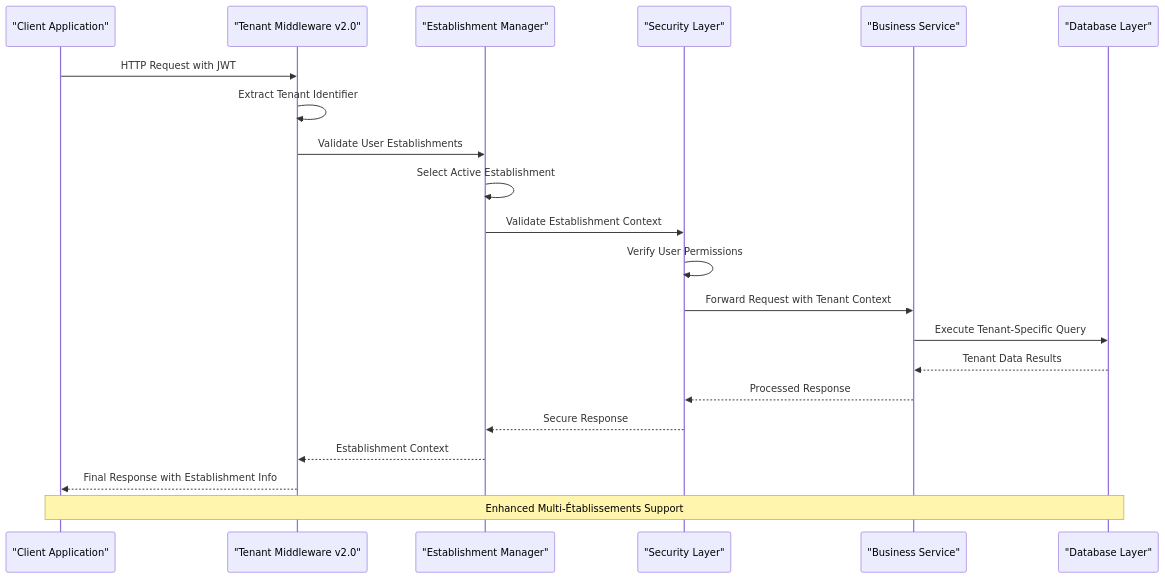
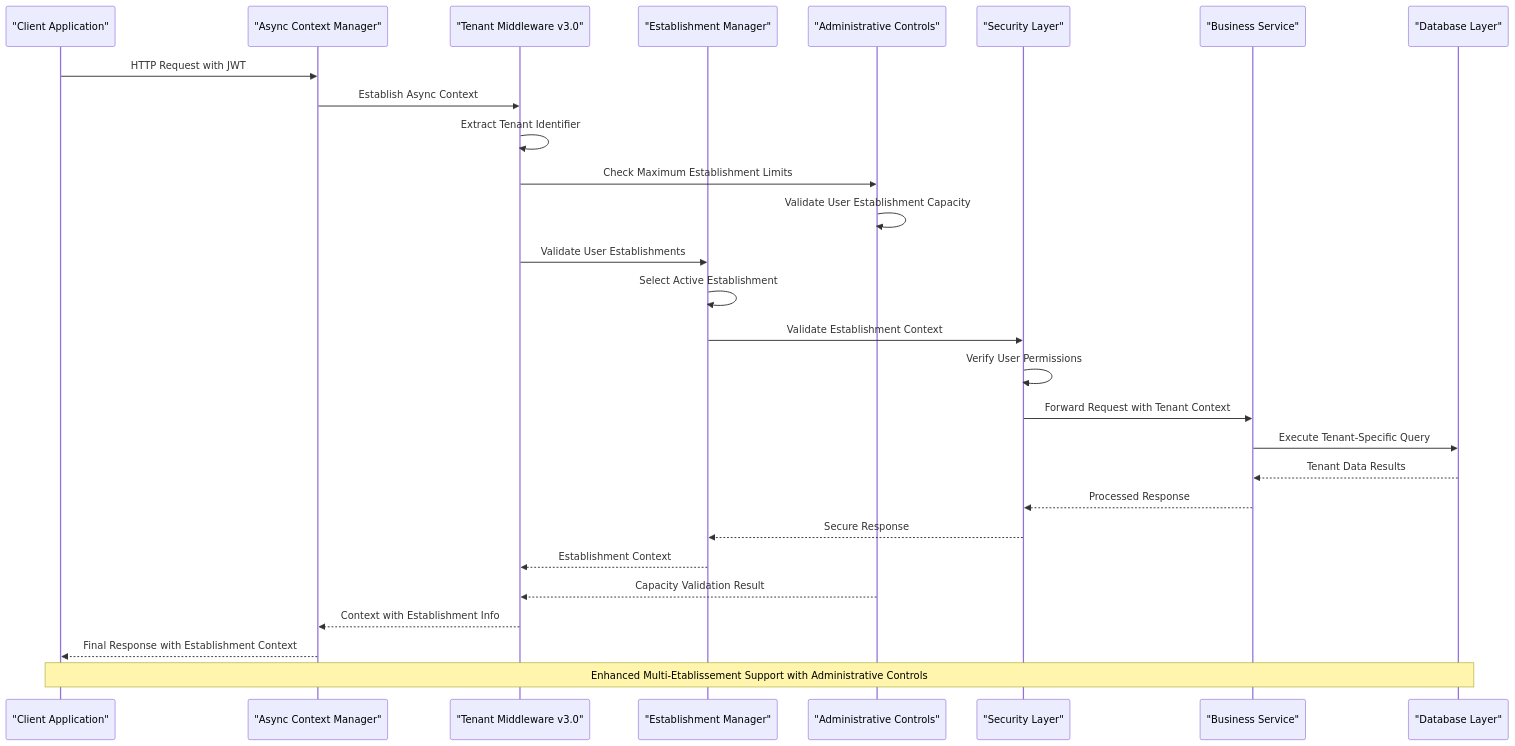
The second of 7 diagrams in .qoder/repowiki/en/content/Architecture Overview/Multi-Tenant Architecture.md (franckylab/eLISAschool), drawn with Mermaid before and after one commit. The commit also changed other lines of this file and 281 other files, not shown here.

````diff
--- a/.qoder/repowiki/en/content/Architecture Overview/Multi-Tenant Architecture.md
+++ b/.qoder/repowiki/en/content/Architecture Overview/Multi-Tenant Architecture.md
@@ -143,23 +160,30 @@
 ```mermaid
 sequenceDiagram
 participant Client as "Client Application"
-participant Middleware as "Tenant Middleware v2.0"
+participant Context as "Async Context Manager"
+participant Middleware as "Tenant Middleware v3.0"
 participant Establishment as "Establishment Manager"
+participant Admin as "Administrative Controls"
 participant Security as "Security Layer"
 participant Service as "Business Service"
 participant Database as "Database Layer"
-Client->>Middleware : HTTP Request with JWT
+Client->>Context : HTTP Request with JWT
+Context->>Middleware : Establish Async Context
 Middleware->>Middleware : Extract Tenant Identifier
+Middleware->>Admin : Check Maximum Establishment Limits
+Admin->>Admin : Validate User Establishment Capacity
 Middleware->>Establishment : Validate User Establishments
 Establishment->>Establishment : Select Active Establishment
 Establishment->>Security : Validate Establishment Context
 Security->>Security : Verify User Permissions
 Security->>Service : Forward Request with Tenant Context
 Service->>Database : Execute Tenant-Specific Query
 Database-->>Service : Tenant Data Results
 Service-->>Security : Processed Response
 Security-->>Establishment : Secure Response
 Establishment-->>Middleware : Establishment Context
-Middleware-->>Client : Final Response with Establishment Info
-Note over Client,Database : Enhanced Multi-Établissements Support
+Admin-->>Middleware : Capacity Validation Result
+Middleware-->>Context : Context with Establishment Info
+Context-->>Client : Final Response with Establishment Context
+Note over Client,Database : Enhanced Multi-Etablissement Support with Administrative Controls
 ```
````
